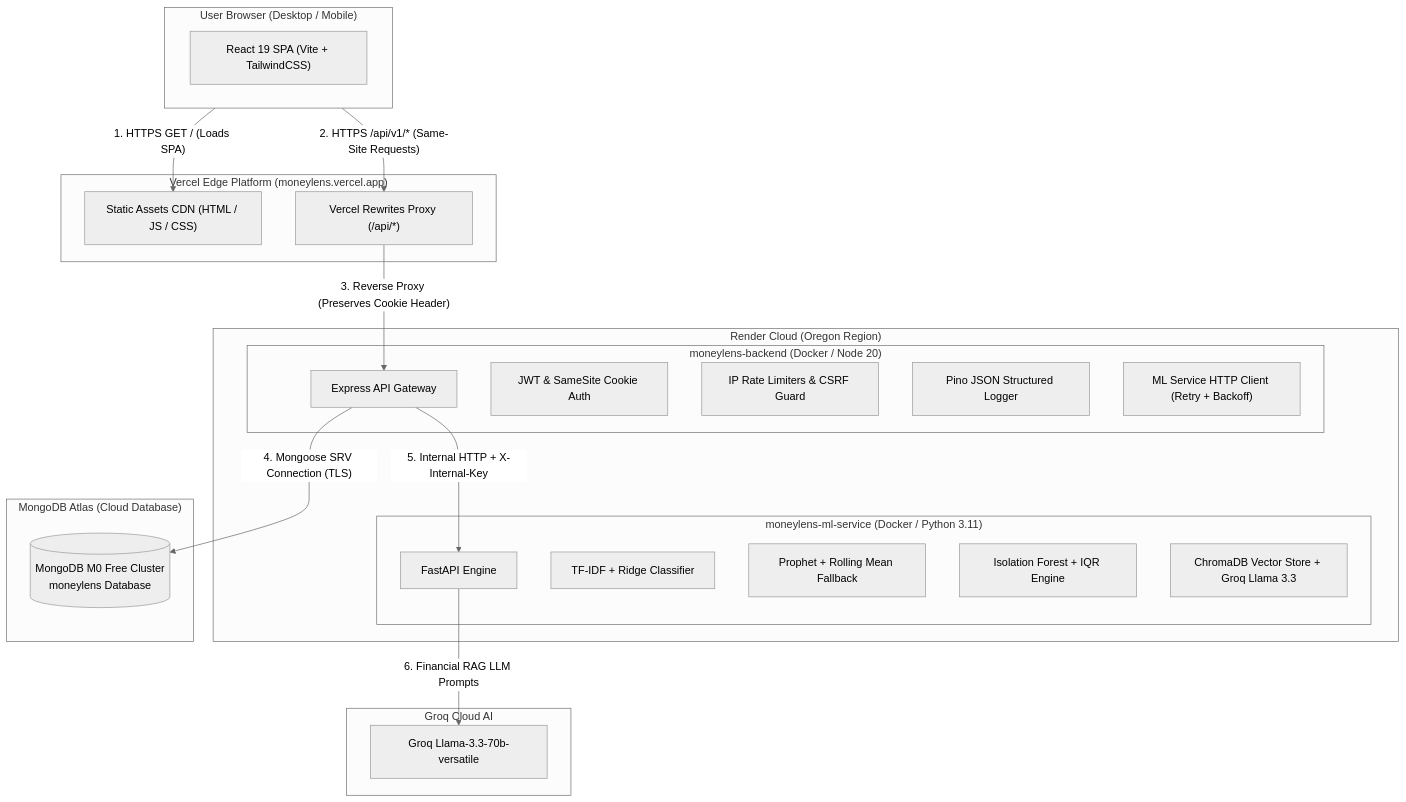
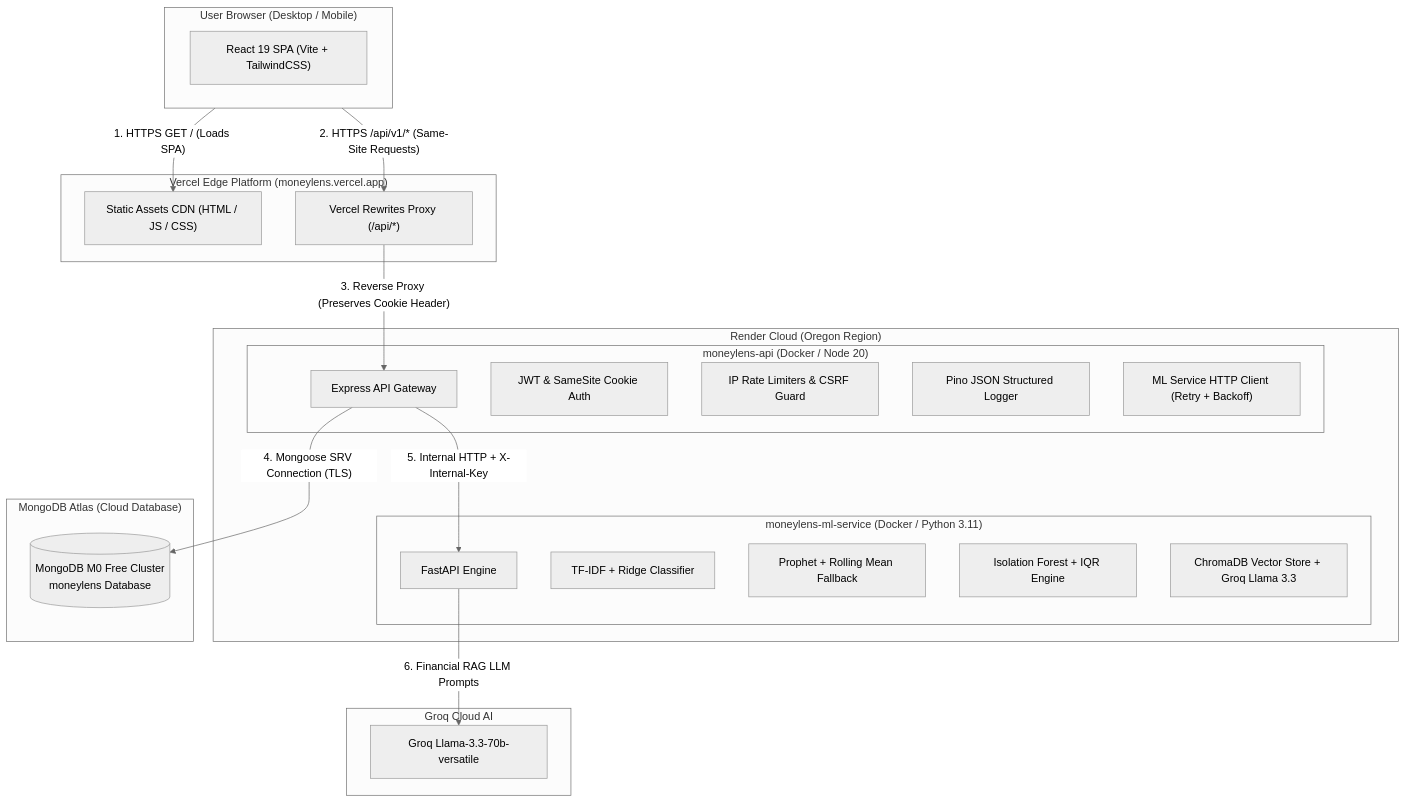
One commit to Jainaksh23/Moneylens changed the first of 2 diagrams in docs/deployment.md. Above: the diagram before and after it, drawn with Mermaid (neutral theme). The commit also changed other lines of this file and 7 other files, not shown here.

Commit message:
fix(deploy): rename backend service to moneylens-api, dynamic PORT in Dockerfile healthcheck, update vercel.json and docs

````diff
--- a/docs/deployment.md
+++ b/docs/deployment.md
@@ -11,45 +11,45 @@
 ```mermaid
 flowchart TB
     subgraph ClientBrowser["User Browser (Desktop / Mobile)"]
         UI["React 19 SPA (Vite + TailwindCSS)"]
     end
 
     subgraph Vercel["Vercel Edge Platform (moneylens.vercel.app)"]
         StaticCDN["Static Assets CDN (HTML / JS / CSS)"]
         RewriteProxy["Vercel Rewrites Proxy (/api/*)"]
     end
 
     subgraph Render["Render Cloud (Oregon Region)"]
-        subgraph BackendService["moneylens-backend (Docker / Node 20)"]
+        subgraph BackendService["moneylens-api (Docker / Node 20)"]
             ExpressApp["Express API Gateway"]
             AuthMod["JWT & SameSite Cookie Auth"]
             RateLimitMod["IP Rate Limiters & CSRF Guard"]
             LoggerMod["Pino JSON Structured Logger"]
             MLClient["ML Service HTTP Client (Retry + Backoff)"]
         end
 
         subgraph MLService["moneylens-ml-service (Docker / Python 3.11)"]
             FastAPIApp["FastAPI Engine"]
             Categorizer["TF-IDF + Ridge Classifier"]
             Forecaster["Prophet + Rolling Mean Fallback"]
             AnomalyDetector["Isolation Forest + IQR Engine"]
             RAGService["ChromaDB Vector Store + Groq Llama 3.3"]
         end
     end
 
     subgraph Atlas["MongoDB Atlas (Cloud Database)"]
         MongoCluster[("MongoDB M0 Free Cluster\nmoneylens Database")]
     end
 
     subgraph GroqCloud["Groq Cloud AI"]
         GroqAPI["Groq Llama-3.3-70b-versatile"]
     end
 
     %% Routing flow
     ClientBrowser -->|"1. HTTPS GET / (Loads SPA)"| StaticCDN
     ClientBrowser -->|"2. HTTPS /api/v1/* (Same-Site Requests)"| RewriteProxy
     RewriteProxy -->|"3. Reverse Proxy (Preserves Cookie Header)"| ExpressApp
     ExpressApp -->|"4. Mongoose SRV Connection (TLS)"| MongoCluster
     ExpressApp -->|"5. Internal HTTP + X-Internal-Key"| FastAPIApp
     FastAPIApp -->|"6. Financial RAG LLM Prompts"| GroqAPI
 ```
````
